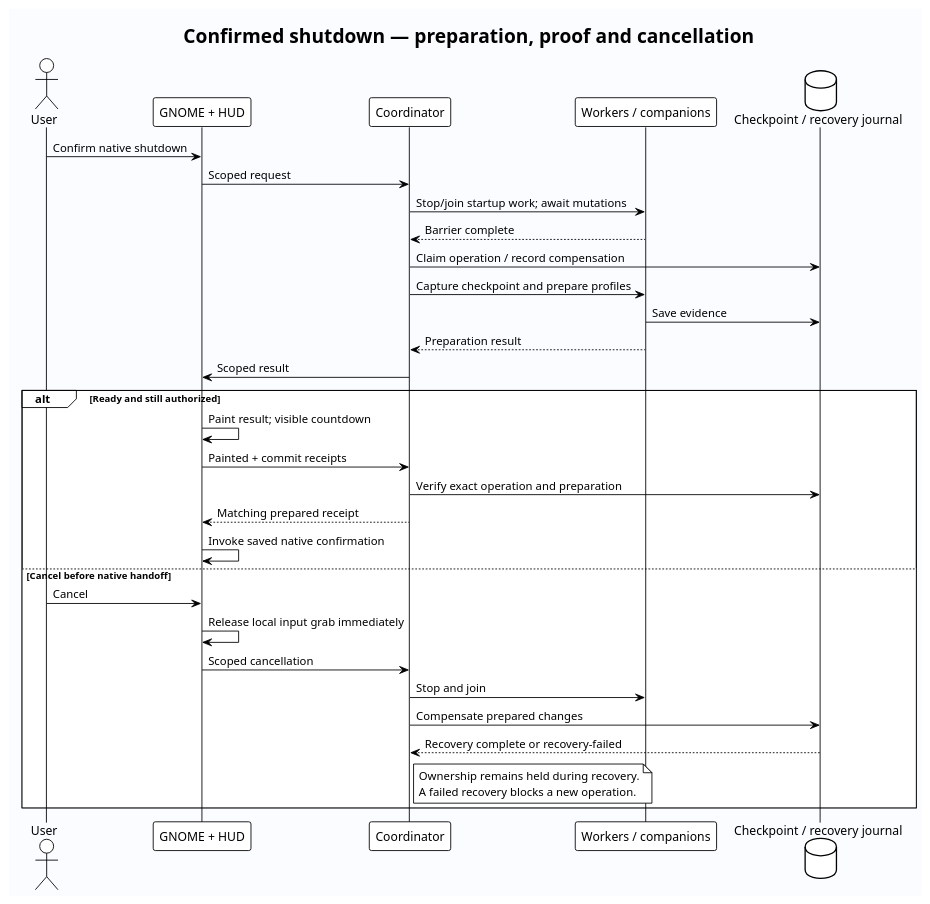
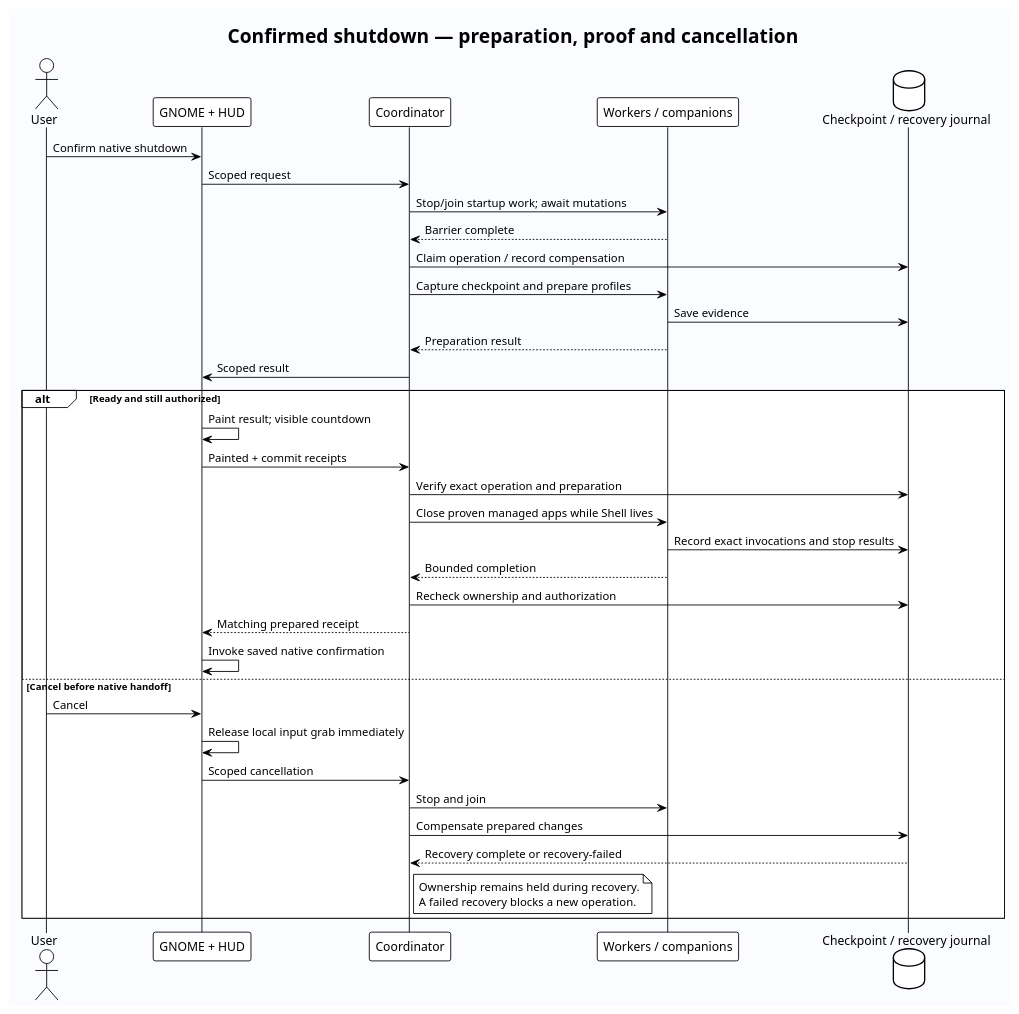
The diagram in docs/shutdown-flow.puml (Sage-Cat/workspace-state), drawn with PlantUML before and after one commit. The commit also changed 12 other files, not shown here.

Commit message:
shutdown: close managed apps before releasing GNOME handoff

```diff
--- a/docs/shutdown-flow.puml
+++ b/docs/shutdown-flow.puml
@@ -1,39 +1,43 @@
 @startuml
 !theme plain
 skinparam backgroundColor #FAFCFF
 skinparam shadowing false
 skinparam defaultFontName SansSerif
 title Confirmed shutdown — preparation, proof and cancellation
 actor User
 participant "GNOME + HUD" as HUD
 participant Coordinator
 participant "Workers / companions" as Workers
 database "Checkpoint / recovery journal" as Journal
 User -> HUD : Confirm native shutdown
 HUD -> Coordinator : Scoped request
 Coordinator -> Workers : Stop/join startup work; await mutations
 Workers --> Coordinator : Barrier complete
 Coordinator -> Journal : Claim operation / record compensation
 Coordinator -> Workers : Capture checkpoint and prepare profiles
 Workers -> Journal : Save evidence
 Workers --> Coordinator : Preparation result
 Coordinator -> HUD : Scoped result
 alt Ready and still authorized
  HUD -> HUD : Paint result; visible countdown
  HUD -> Coordinator : Painted + commit receipts
  Coordinator -> Journal : Verify exact operation and preparation
+ Coordinator -> Workers : Close proven managed apps while Shell lives
+ Workers -> Journal : Record exact invocations and stop results
+ Workers --> Coordinator : Bounded completion
+ Coordinator -> Journal : Recheck ownership and authorization
  Coordinator --> HUD : Matching prepared receipt
  HUD -> HUD : Invoke saved native confirmation
 else Cancel before native handoff
  User -> HUD : Cancel
  HUD -> HUD : Release local input grab immediately
  HUD -> Coordinator : Scoped cancellation
  Coordinator -> Workers : Stop and join
  Coordinator -> Journal : Compensate prepared changes
  Journal --> Coordinator : Recovery complete or recovery-failed
  note right of Coordinator
  Ownership remains held during recovery.
  A failed recovery blocks a new operation.
  end note
 end
 @enduml
```
